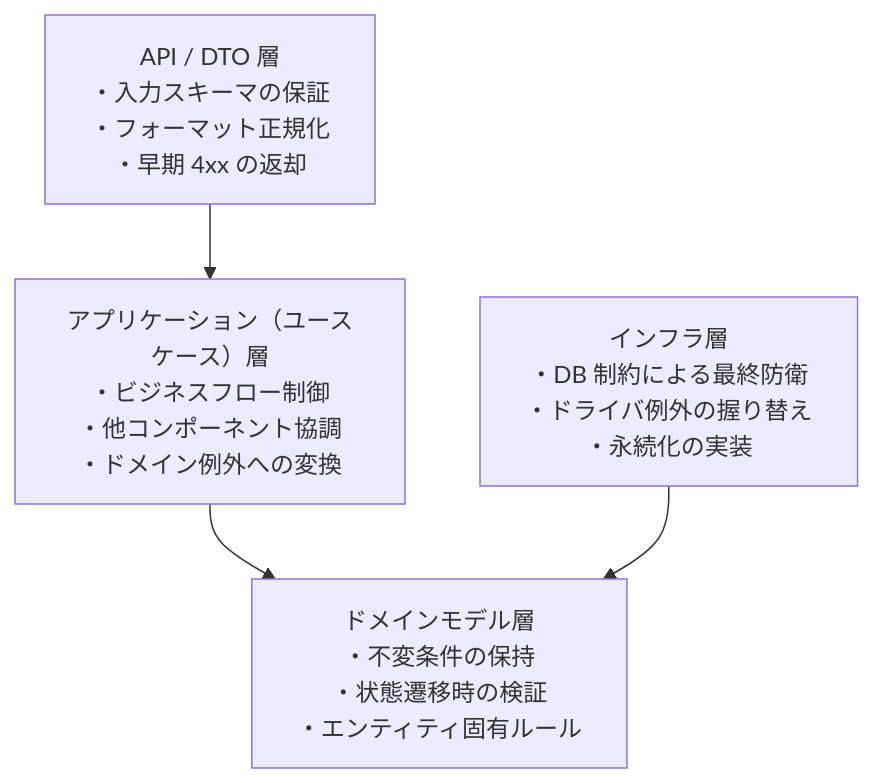
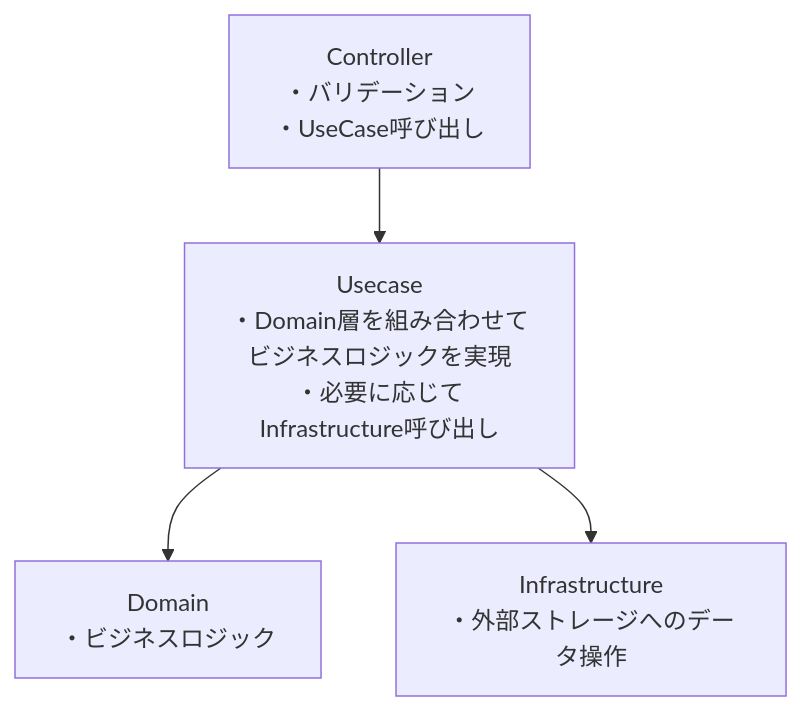
One commit to kskgit/fastapi-project changed the first of 2 diagrams in docs/coding_guide.md. Above: the diagram before and after it, drawn with Mermaid. The commit also changed other lines of this file, not shown here.

````diff
--- a/docs/coding_guide.md
+++ b/docs/coding_guide.md
@@ -2,10 +2,10 @@
 ```mermaid
 graph TD
-    API["API / DTO 層<br/>・入力スキーマの保証<br/>・フォーマット正規化<br/>・早期 4xx の返却"]
-    UC["アプリケーション（ユースケース）層<br/>・ビジネスフロー制御<br/>・他コンポーネント協調<br/>・ドメイン例外への変換"]
-    DOMAIN["ドメインモデル層<br/>・不変条件の保持<br/>・状態遷移時の検証<br/>・エンティティ固有ルール"]
-    INFRA["インフラ層<br/>・DB 制約による最終防衛<br/>・ドライバ例外の握り替え<br/>・永続化の実装"]
+    Controller["Controller<br/>・バリデーション<br/>・UseCase呼び出し"]
+    Usecase["Usecase<br/>・Domain層を組み合わせてビジネスロジックを実現<br/>・必要に応じてInfrastructure呼び出し"]
+    Domain["Domain<br/>・ビジネスロジック"]
+    Infrastructure["Infrastructure<br/>・外部ストレージへのデータ操作"]
 
-    API --> UC --> DOMAIN
-    INFRA --> DOMAIN
+    Controller --> Usecase --> Domain
+    Usecase --> Infrastructure
 ```
````
